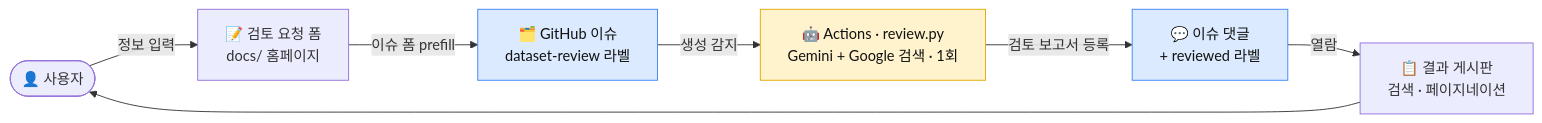
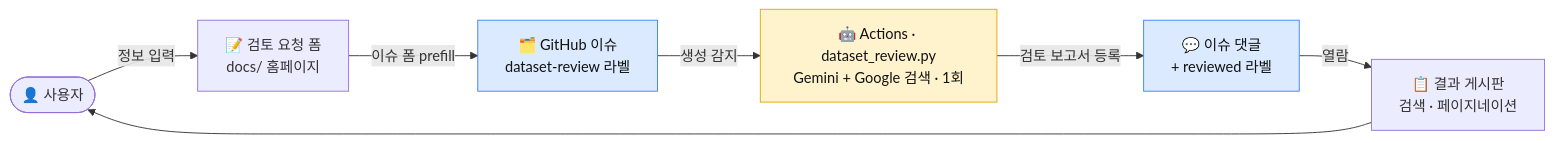
One commit to aigovsensing/dataset-review changed the first of 3 diagrams in README.md. Above: the diagram before and after it, drawn with Mermaid. The commit also changed other lines of this file and 8 other files, not shown here.

First line of the commit message:
refactor: 파일명을 dataset_review / paper_review 로 명확히 구분

````diff
--- a/README.md
+++ b/README.md
@@ -41,13 +41,13 @@
 ```mermaid
 flowchart LR
     U(["👤 사용자"]) -->|"정보 입력"| FORM["📝 검토 요청 폼<br/>docs/ 홈페이지"]
     FORM -->|"이슈 폼 prefill"| ISSUE["🗂️ GitHub 이슈<br/>dataset-review 라벨"]
-    ISSUE -->|"생성 감지"| ACT["🤖 Actions · review.py<br/>Gemini + Google 검색 · 1회"]
+    ISSUE -->|"생성 감지"| ACT["🤖 Actions · dataset_review.py<br/>Gemini + Google 검색 · 1회"]
     ACT -->|"검토 보고서 등록"| COMMENT["💬 이슈 댓글<br/>+ reviewed 라벨"]
     COMMENT -->|"열람"| BOARD["📋 결과 게시판<br/>검색 · 페이지네이션"]
     BOARD --> U
     classDef ai fill:#fff3cd,stroke:#e0a800,color:#111;
     classDef gh fill:#dbeafe,stroke:#3b82f6,color:#111;
     class ACT ai;
     class ISSUE,COMMENT gh;
 ```
````
